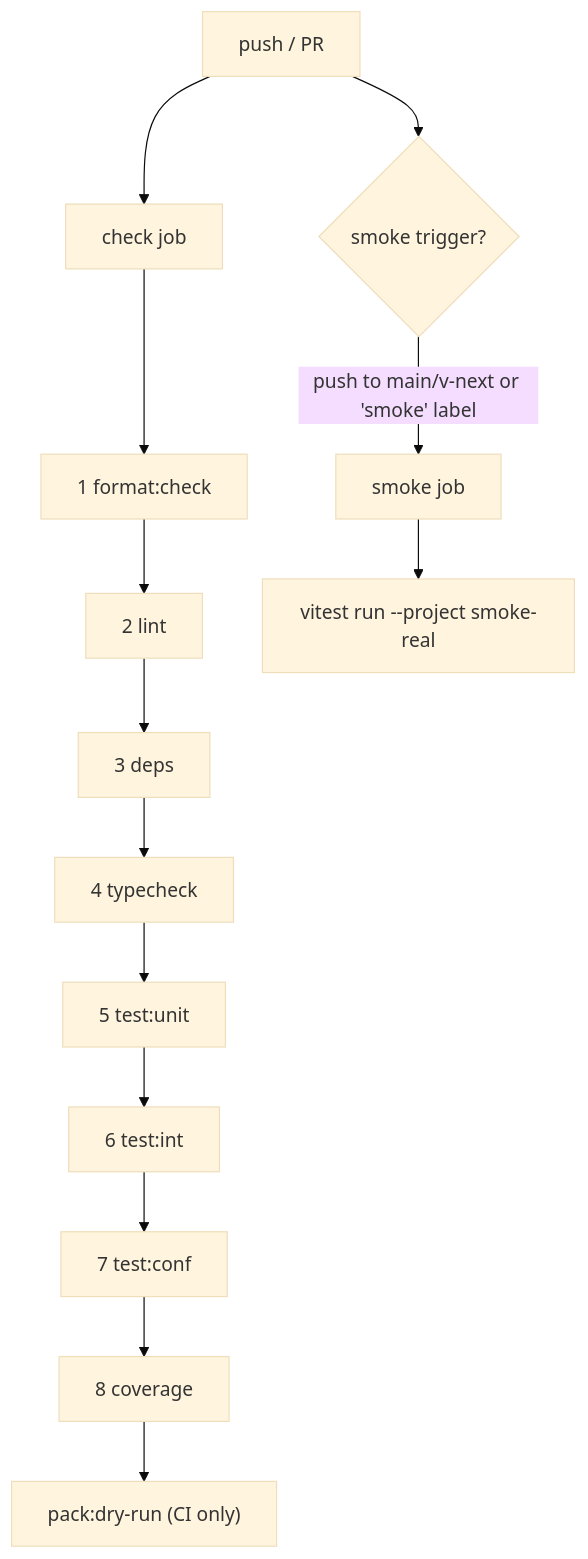
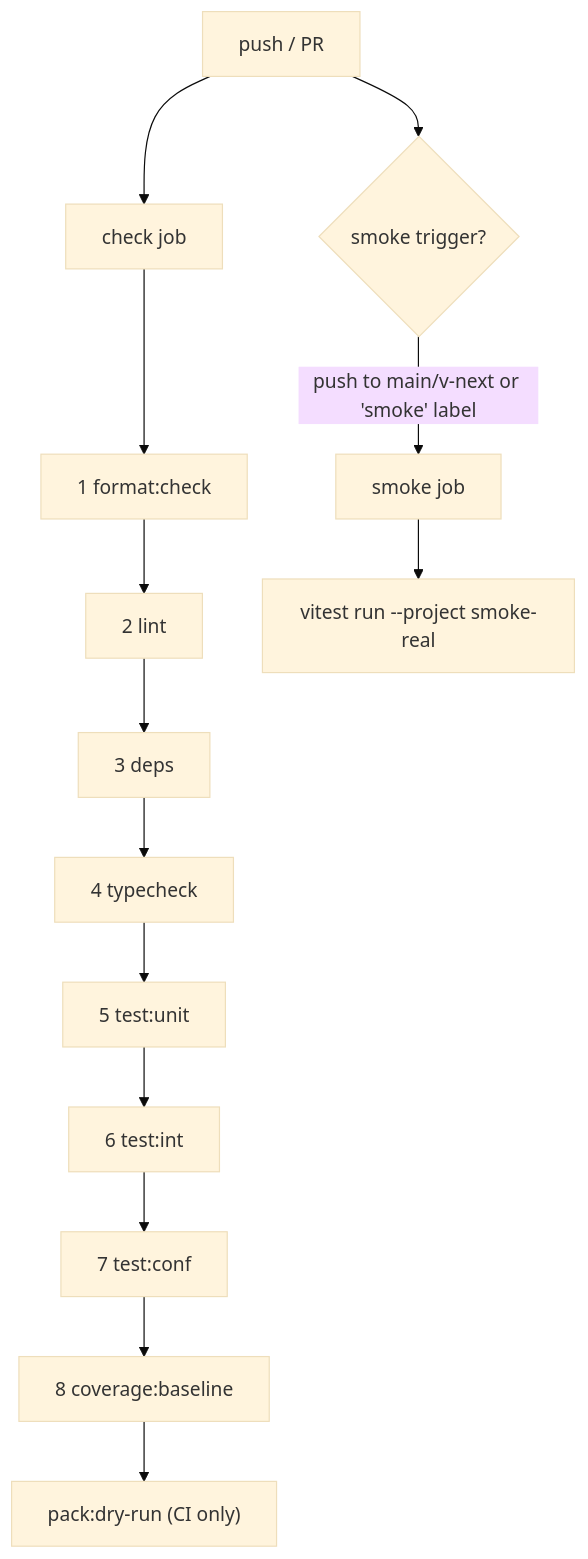
The diagram in docs/engineering/check-gate.md (aryeko/agentic-workflow-kit), drawn with Mermaid (base theme) before and after one commit. The commit also changed other lines of this file and 85 other files, not shown here.

````diff
--- a/docs/engineering/check-gate.md
+++ b/docs/engineering/check-gate.md
@@ -38,17 +38,17 @@
 ```mermaid
 flowchart TD
     A[push / PR] --> B[check job]
     B --> B1["1 format:check"]
     B1 --> B2["2 lint"]
     B2 --> B3["3 deps"]
     B3 --> B4["4 typecheck"]
     B4 --> B5["5 test:unit"]
     B5 --> B6["6 test:int"]
     B6 --> B7["7 test:conf"]
-    B7 --> B8["8 coverage"]
+    B7 --> B8["8 coverage:baseline"]
     B8 --> B9["pack:dry-run (CI only)"]
 
     A --> C{smoke trigger?}
     C -->|push to main/v-next or 'smoke' label| D[smoke job]
     D --> D1["vitest run --project smoke-real"]
 ```
````
